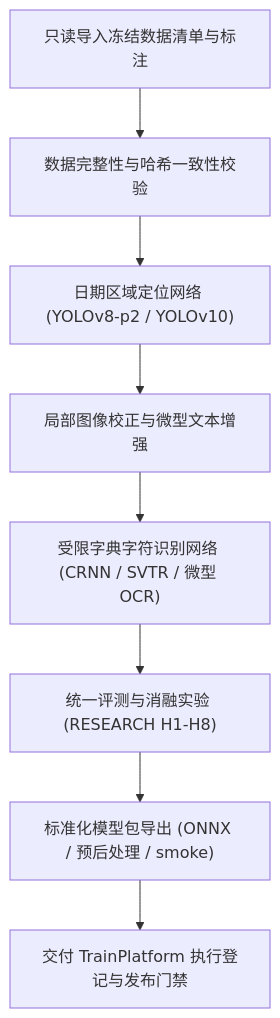
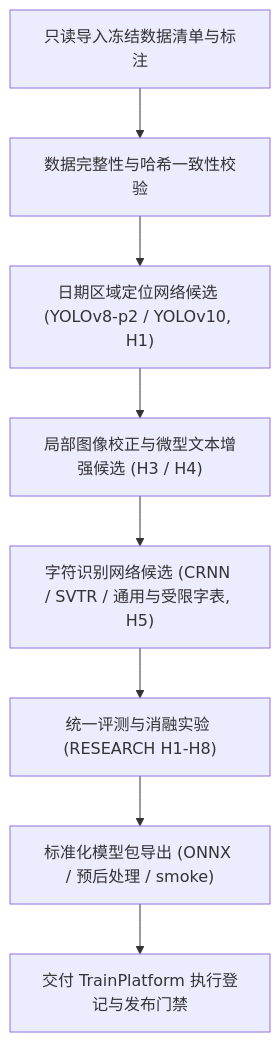
One commit to QingMouFoodDate/ModelTrain changed the diagram in README.md. Above: the diagram before and after it, drawn with Mermaid. The commit also changed other lines of this file, not shown here.

````diff
--- a/README.md
+++ b/README.md
@@ -42,10 +44,10 @@
 ```mermaid
 flowchart TD
     A["只读导入冻结数据清单与标注"] --> B["数据完整性与哈希一致性校验"]
-    B --> C["日期区域定位网络 (YOLOv8-p2 / YOLOv10)"]
-    C --> D["局部图像校正与微型文本增强"]
-    D --> E["受限字典字符识别网络 (CRNN / SVTR / 微型 OCR)"]
+    B --> C["日期区域定位网络候选 (YOLOv8-p2 / YOLOv10, H1)"]
+    C --> D["局部图像校正与微型文本增强候选 (H3 / H4)"]
+    D --> E["字符识别网络候选 (CRNN / SVTR / 通用与受限字表, H5)"]
     E --> F["统一评测与消融实验 (RESEARCH H1-H8)"]
     F --> G["标准化模型包导出 (ONNX / 预后处理 / smoke)"]
     G --> H["交付 TrainPlatform 执行登记与发布门禁"]
 ```
````
